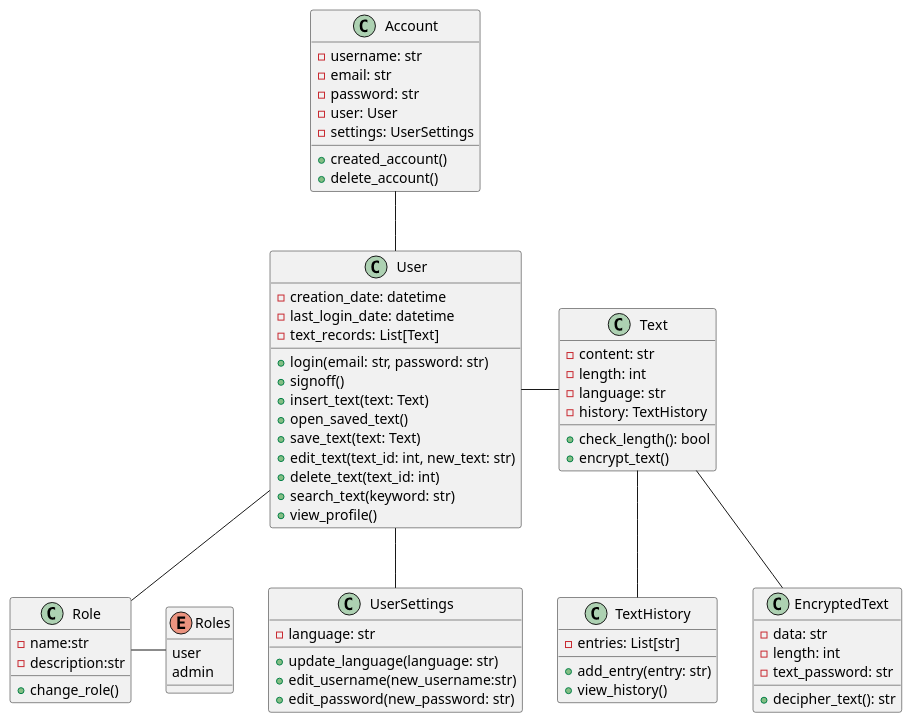
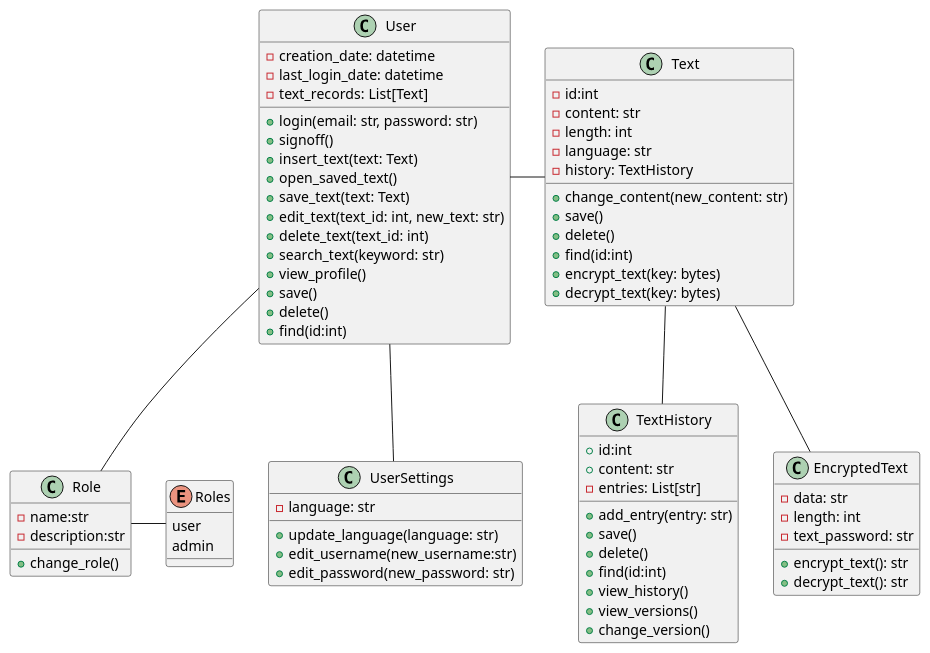
One commit to guadalupecuartara/Cifrador_UTN_CuartaraGuadalupe changed the diagram in docs/class_diagram.puml. Above: the diagram before and after it, drawn with PlantUML.

Commit message:
modify class diagram

```diff
--- a/docs/class_diagram.puml
+++ b/docs/class_diagram.puml
@@ -1,67 +1,83 @@
 @startuml ClassDiagram
-class Account{
+/'class Account{
     -username: str
     -email: str
     -password: str
     -user: User
     -settings: UserSettings
     +created_account()
     +delete_account()
-}
+}'/
 class User{
     -creation_date: datetime
     -last_login_date: datetime
     -text_records: List[Text]
     +login(email: str, password: str)
     +signoff()
     +insert_text(text: Text)
     +open_saved_text()
     +save_text(text: Text)
     +edit_text(text_id: int, new_text: str)
     +delete_text(text_id: int)
     +search_text(keyword: str)
     +view_profile()
+    +save()
+    +delete()
+    +find(id:int)
 }
 class UserSettings{
     -language: str
     +update_language(language: str)
     +edit_username(new_username:str)
     +edit_password(new_password: str)
 }
 class Role{
     -name:str
     -description:str
     +change_role()
 }
 enum Roles{
     user
     admin
 }
 class Text{
+    -id:int
     -content: str
     -length: int
     -language: str
     -history: TextHistory
-    +check_length(): bool
-    +encrypt_text()
+    +change_content(new_content: str)
+    +save()
+    +delete()
+    +find(id:int)
+    +encrypt_text(key: bytes)
+    +decrypt_text(key: bytes)
 }
 class TextHistory{
+    +id:int
+    +content: str
     -entries: List[str]
     +add_entry(entry: str)
+    +save()
+    +delete()
+    +find(id:int)
     +view_history()
+    +view_versions()
+    +change_version()
 }
 class EncryptedText{
     -data: str
     -length: int
     -text_password: str
-    +decipher_text(): str
+    +encrypt_text(): str
+    +decrypt_text(): str
 }
 
 User -- Role
 Role - Roles
 Text -- EncryptedText
-Account-- User
+/'Account-- User'/
 User -- UserSettings
 User - Text
 Text -- TextHistory
 @enduml
```
